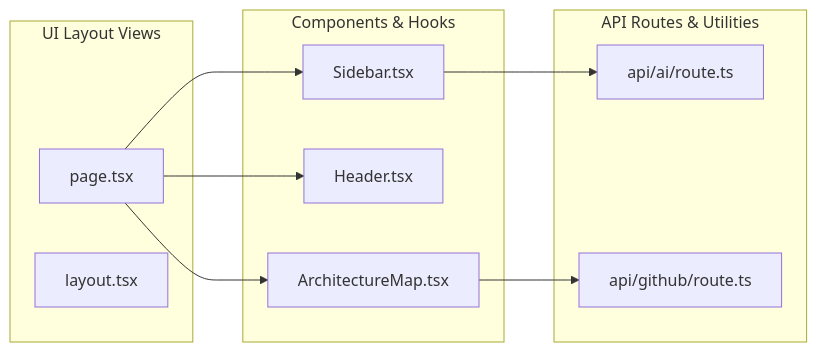
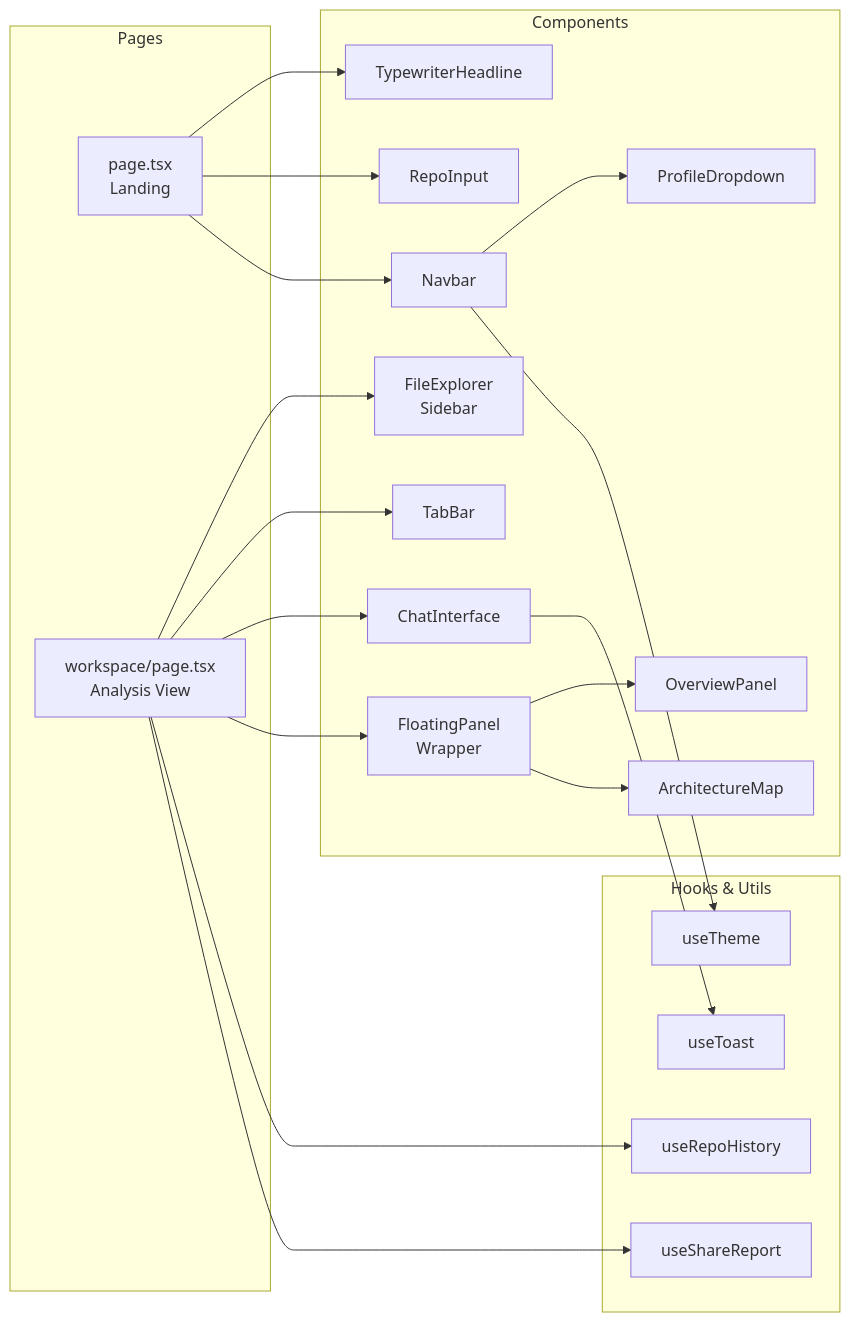
One commit to Sumanthss888/codeatlas changed the third of 3 diagrams in README.md. Above: the diagram before and after it, drawn with Mermaid. The commit also changed other lines of this file, not shown here.

Commit message:
docs(readme): complete rewrite — Mermaid architecture diagrams, system flow, component map, tech stack tables, project structure tree, keyboard shortcuts, design system tokens, roadmap

````diff
--- a/README.md
+++ b/README.md
@@ -51,22 +124,43 @@
 ```mermaid
-flowchart LR
-    subgraph UI Layout Views
-        page[page.tsx]
-        layout[layout.tsx]
-    end
-    subgraph Components & Hooks
-        Sidebar[Sidebar.tsx]
-        Header[Header.tsx]
-        Map[ArchitectureMap.tsx]
-    end
-    subgraph API Routes & Utilities
-        aiRoute[api/ai/route.ts]
-        gitRoute[api/github/route.ts]
+graph LR
+    subgraph Pages
+        HOME[page.tsx<br/>Landing]
+        WORK[workspace/page.tsx<br/>Analysis View]
     end
 
-    page --> Sidebar
-    page --> Header
-    page --> Map
-    Sidebar --> aiRoute
-    Map --> gitRoute
+    subgraph Components
+        TW[TypewriterHeadline]
+        RI[RepoInput]
+        NAV[Navbar]
+        PROF[ProfileDropdown]
+
+        SIDEBAR[FileExplorer<br/>Sidebar]
+        TABS[TabBar]
+        CHAT[ChatInterface]
+        OV[OverviewPanel]
+        ARCH[ArchitectureMap]
+        FLOAT[FloatingPanel<br/>Wrapper]
+    end
+
+    subgraph Hooks & Utils
+        HIST[useRepoHistory]
+        SHARE[useShareReport]
+        THEME[useTheme]
+        TOAST[useToast]
+    end
+
+    HOME --> TW
+    HOME --> RI
+    HOME --> NAV
+    NAV --> PROF
+    WORK --> SIDEBAR
+    WORK --> TABS
+    WORK --> CHAT
+    WORK --> FLOAT
+    FLOAT --> OV
+    FLOAT --> ARCH
+    WORK --> HIST
+    WORK --> SHARE
+    NAV --> THEME
+    CHAT --> TOAST
 ```
````
